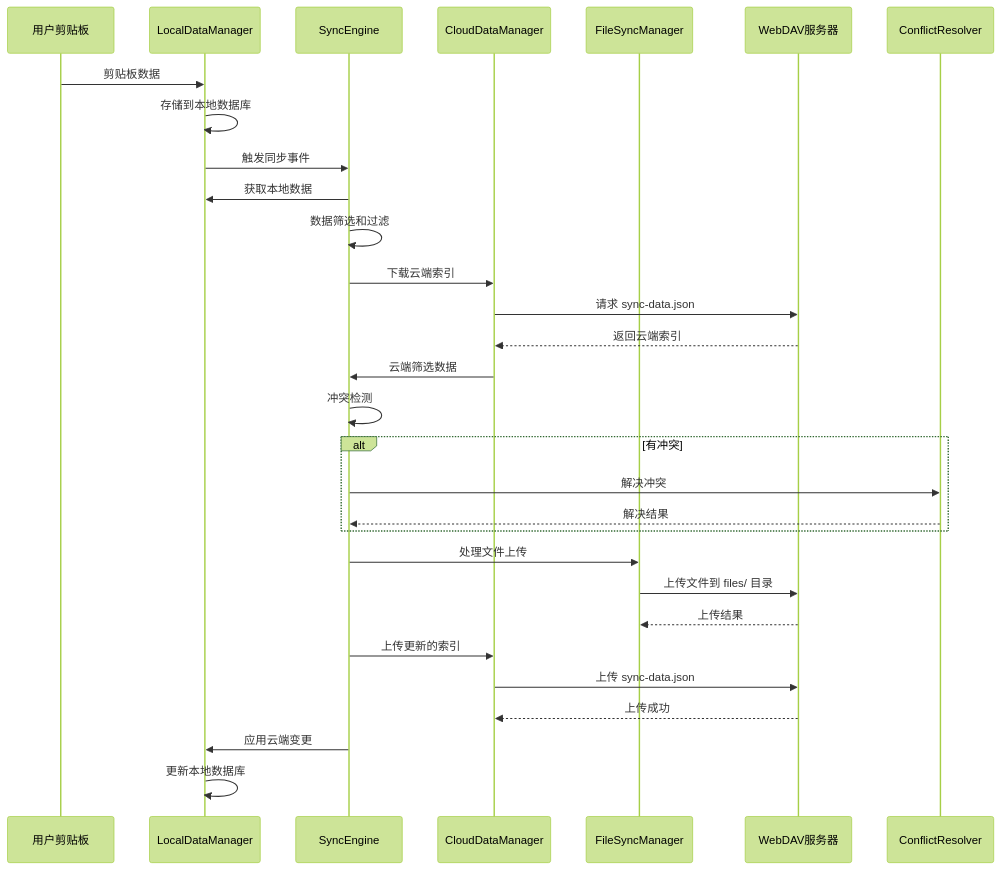
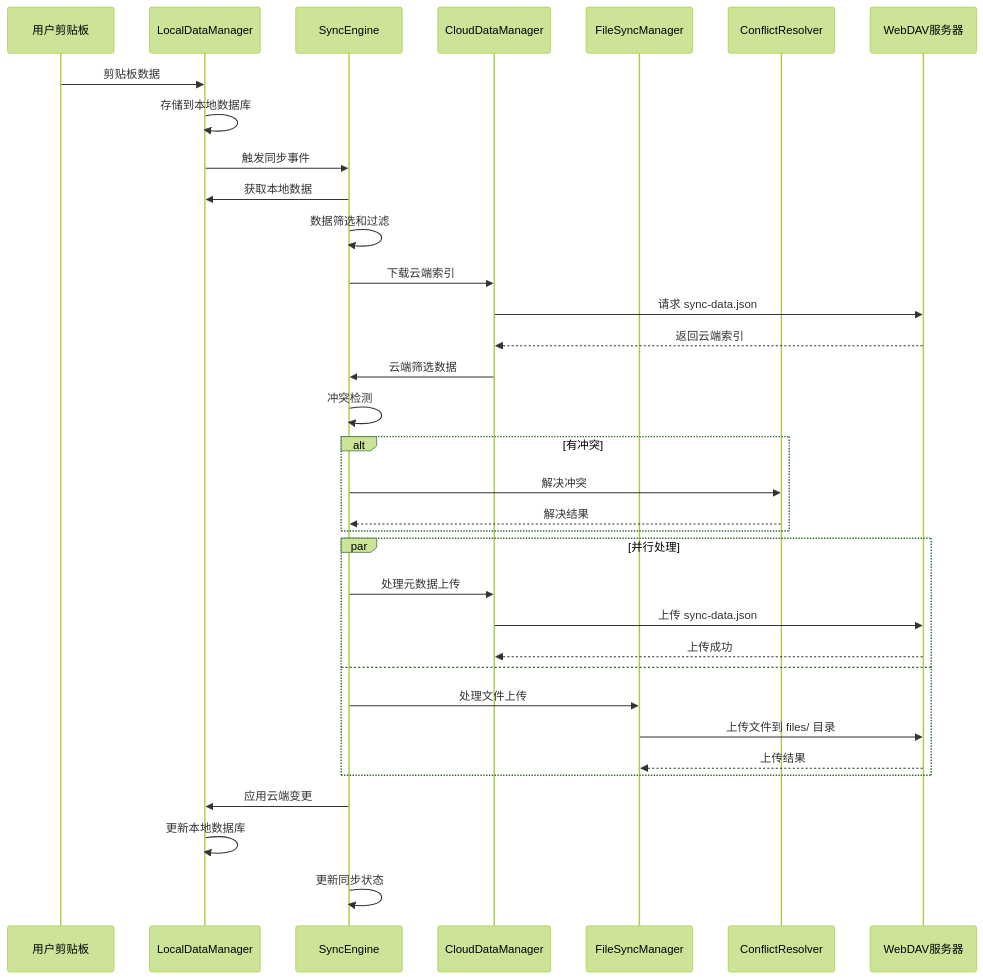
The second of 10 diagrams in docs/architecture-diagram.md (Ruszero01/EcoPaste-Sync), drawn with Mermaid (forest theme) before and after one commit. The commit also changed other lines of this file and 5 other files, not shown here.

````diff
--- a/docs/architecture-diagram.md
+++ b/docs/architecture-diagram.md
@@ -54,38 +61,43 @@
 ```mermaid
 sequenceDiagram
     participant U as 用户剪贴板
     participant L as LocalDataManager
     participant SE as SyncEngine
     participant CD as CloudDataManager
     participant FS as FileSyncManager
+    participant CR as ConflictResolver
     participant W as WebDAV服务器
 
     U->>L: 剪贴板数据
     L->>L: 存储到本地数据库
     L->>SE: 触发同步事件
 
     SE->>L: 获取本地数据
     SE->>SE: 数据筛选和过滤
     SE->>CD: 下载云端索引
 
     CD->>W: 请求 sync-data.json
     W-->>CD: 返回云端索引
     CD->>SE: 云端筛选数据
 
     SE->>SE: 冲突检测
     alt 有冲突
-        SE->>ConflictResolver: 解决冲突
-        ConflictResolver-->>SE: 解决结果
+        SE->>CR: 解决冲突
+        CR-->>SE: 解决结果
     end
 
-    SE->>FS: 处理文件上传
-    FS->>W: 上传文件到 files/ 目录
-    W-->>FS: 上传结果
-
-    SE->>CD: 上传更新的索引
-    CD->>W: 上传 sync-data.json
-    W-->>CD: 上传成功
+    par 并行处理
+        SE->>CD: 处理元数据上传
+        CD->>W: 上传 sync-data.json
+        W-->>CD: 上传成功
+    and
+        SE->>FS: 处理文件上传
+        FS->>W: 上传文件到 files/ 目录
+        W-->>FS: 上传结果
+    end
 
     SE->>L: 应用云端变更
     L->>L: 更新本地数据库
+
+    SE->>SE: 更新同步状态
 ```
````
